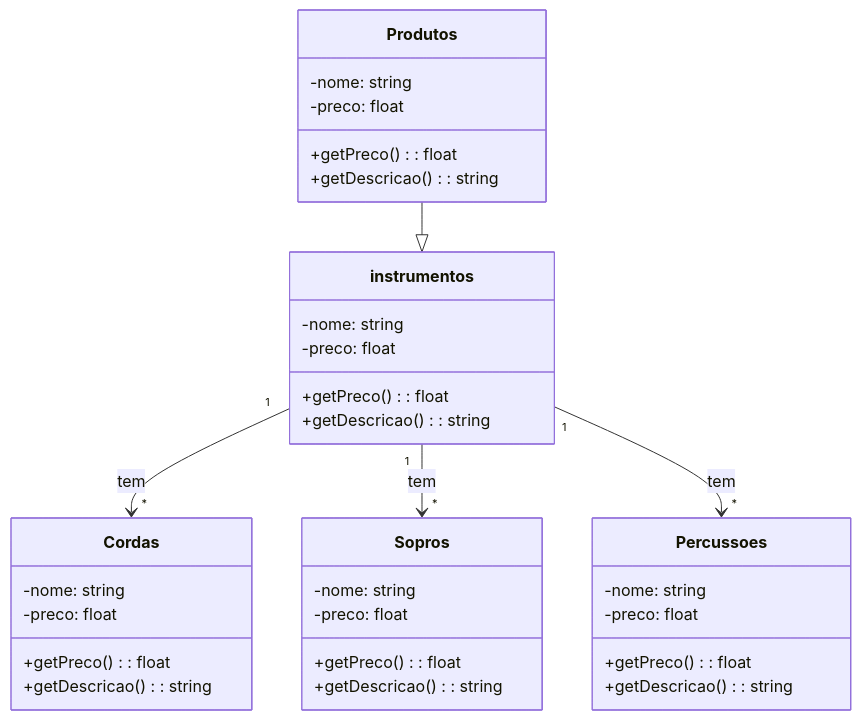
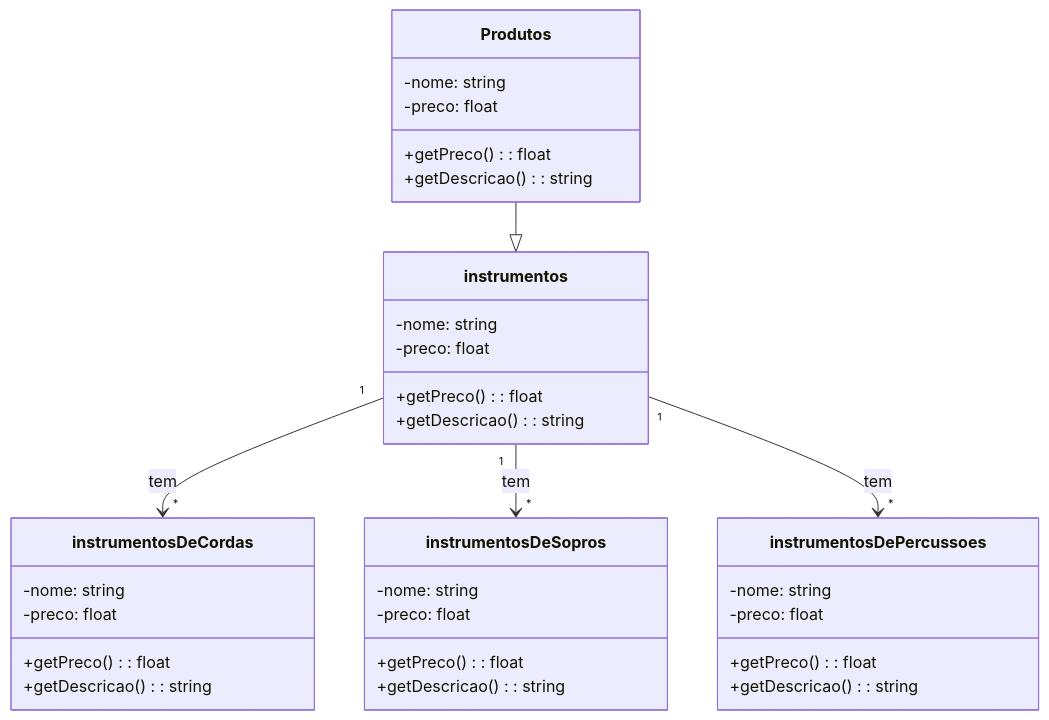
Before and after one commit to LucasGabrielPaes/poojavaceub-grupo05: the diagram in LucasGabriel-Instrumentos.md, drawn with Mermaid.

````diff
--- a/LucasGabriel-Instrumentos.md
+++ b/LucasGabriel-Instrumentos.md
@@ -1,42 +1,42 @@
 ```mermaid
 classDiagram
   class Produtos {
      -nome: string
     -preco: float
     +getPreco(): float
     +getDescricao(): string
   }
 
 class instrumentos {
    -nome: string
     -preco: float
     +getPreco(): float
     +getDescricao(): string
 }
 
 
-  class Cordas {
+  class instrumentos De Cordas {
    -nome: string
     -preco: float
     +getPreco(): float
     +getDescricao(): string
 }
 
- class Sopros {
+ class instrumentos De Sopros {
    -nome: string
     -preco: float
     +getPreco(): float
     +getDescricao(): string
 }
 
- class Percussoes {
+ class instrumentos De Percussoes {
    -nome: string
     -preco: float
     +getPreco(): float
     +getDescricao(): string
 }
 Produtos --|> instrumentos
-instrumentos "1" --> "*" Cordas : tem
-instrumentos "1" --> "*" Sopros : tem
-instrumentos "1" --> "*" Percussoes : tem
+instrumentos "1" --> "*" instrumentos De Cordas : tem
+instrumentos "1" --> "*" instrumentos De Sopros : tem
+instrumentos "1" --> "*" instrumentos De Percussoes : tem
 ```
````
